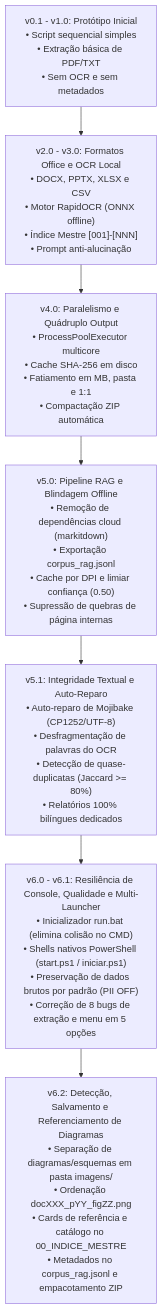
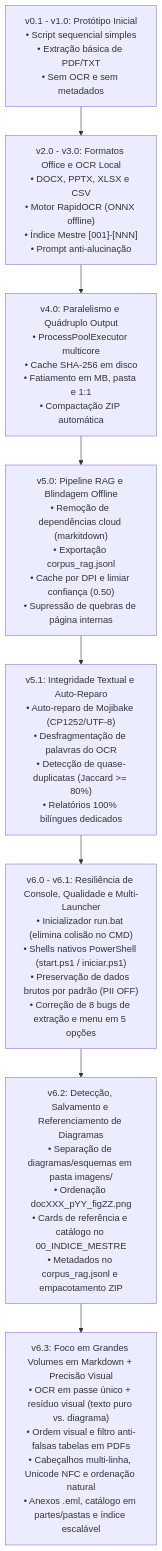
The diagram in HISTORICO_E_ESTADO_ATUAL.md (marceloasl99/local-doc-consolidator), drawn with Mermaid before and after one commit. The commit also changed other lines of this file and 9 other files, not shown here.

Commit message:
feat(v6.3): foco em Markdown estruturado para grandes volumes, separacao texto puro vs diagrama e melhorias de PDF/OCR

````diff
--- a/HISTORICO_E_ESTADO_ATUAL.md
+++ b/HISTORICO_E_ESTADO_ATUAL.md
@@ -25,12 +25,13 @@
 ```mermaid
 flowchart TD
     v0["v0.1 - v1.0: Protótipo Inicial<br/>• Script sequencial simples<br/>• Extração básica de PDF/TXT<br/>• Sem OCR e sem metadados"]
     v2["v2.0 - v3.0: Formatos Office e OCR Local<br/>• DOCX, PPTX, XLSX e CSV<br/>• Motor RapidOCR (ONNX offline)<br/>• Índice Mestre [001]-[NNN]<br/>• Prompt anti-alucinação"]
     v4["v4.0: Paralelismo e Quádruplo Output<br/>• ProcessPoolExecutor multicore<br/>• Cache SHA-256 em disco<br/>• Fatiamento em MB, pasta e 1:1<br/>• Compactação ZIP automática"]
     v5["v5.0: Pipeline RAG e Blindagem Offline<br/>• Remoção de dependências cloud (markitdown)<br/>• Exportação corpus_rag.jsonl<br/>• Cache por DPI e limiar confiança (0.50)<br/>• Supressão de quebras de página internas"]
     v51["v5.1: Integridade Textual e Auto-Reparo<br/>• Auto-reparo de Mojibake (CP1252/UTF-8)<br/>• Desfragmentação de palavras do OCR<br/>• Detecção de quase-duplicatas (Jaccard >= 80%)<br/>• Relatórios 100% bilíngues dedicados"]
     v6["v6.0 - v6.1: Resiliência de Console, Qualidade e Multi-Launcher<br/>• Inicializador run.bat (elimina colisão no CMD)<br/>• Shells nativos PowerShell (start.ps1 / iniciar.ps1)<br/>• Preservação de dados brutos por padrão (PII OFF)<br/>• Correção de 8 bugs de extração e menu em 5 opções"]
     v62["v6.2: Detecção, Salvamento e Referenciamento de Diagramas<br/>• Separação de diagramas/esquemas em pasta imagens/<br/>• Ordenação docXXX_pYY_figZZ.png<br/>• Cards de referência e catálogo no 00_INDICE_MESTRE<br/>• Metadados no corpus_rag.jsonl e empacotamento ZIP"]
+    v63["v6.3: Foco em Grandes Volumes em Markdown + Precisão Visual<br/>• OCR em passe único + resíduo visual (texto puro vs. diagrama)<br/>• Ordem visual e filtro anti-falsas tabelas em PDFs<br/>• Cabeçalhos multi-linha, Unicode NFC e ordenação natural<br/>• Anexos .eml, catálogo em partes/pastas e índice escalável"]
 
-    v0 --> v2 --> v4 --> v5 --> v51 --> v6 --> v62
+    v0 --> v2 --> v4 --> v5 --> v51 --> v6 --> v62 --> v63
 ```
````
